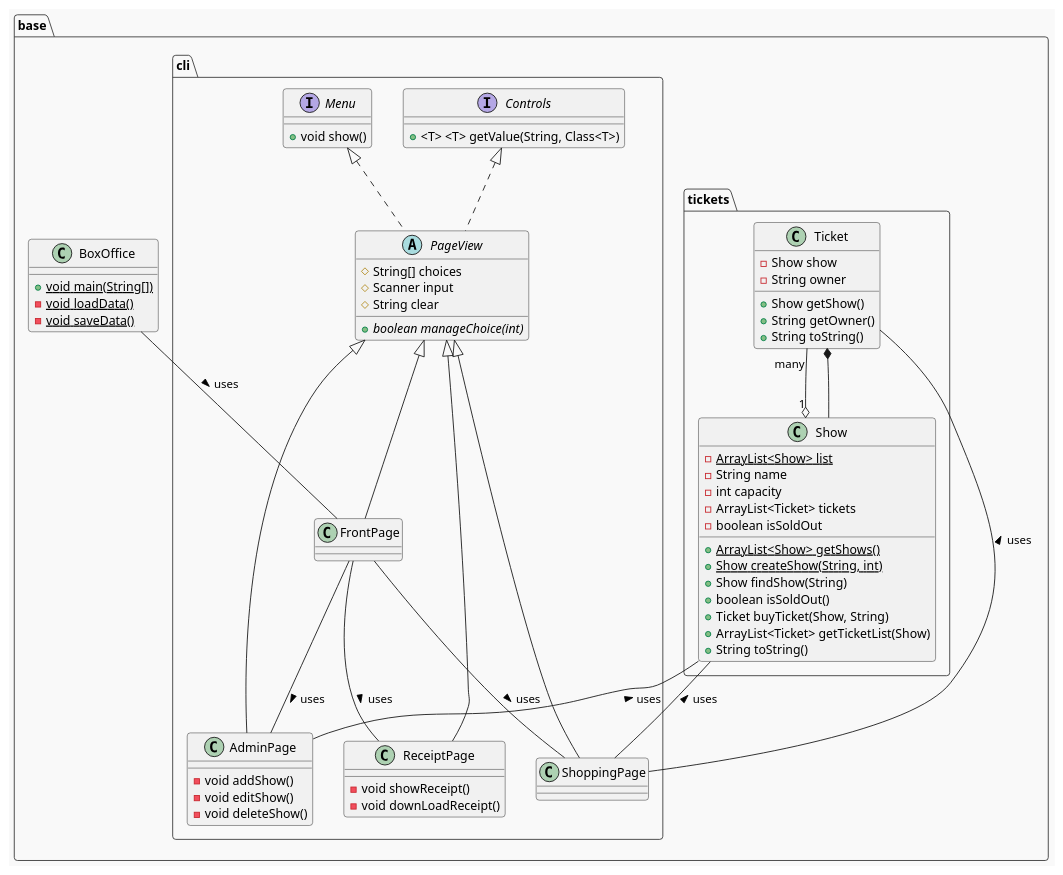
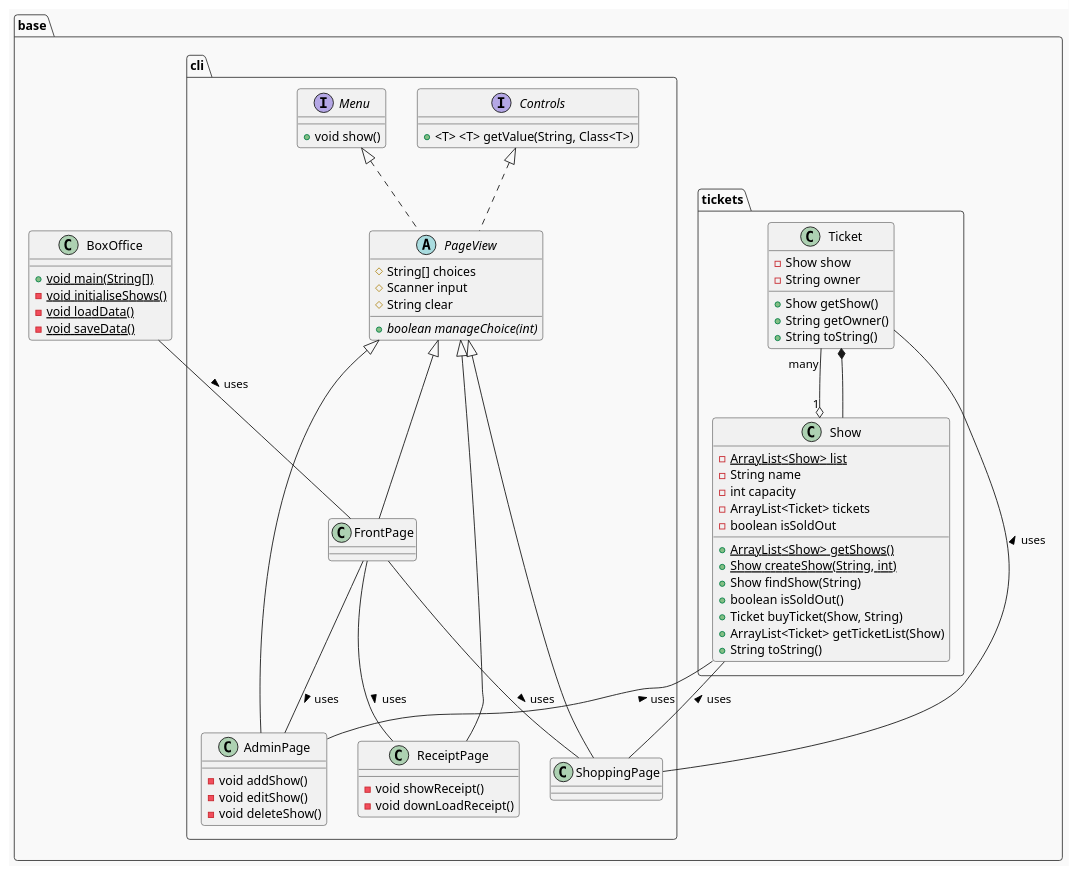
The diagram in structure.puml (physcrowley/BoxOffice), drawn with PlantUML before and after one commit. The commit also changed 1 other file, not shown here.

```diff
--- a/structure.puml
+++ b/structure.puml
@@ -3,83 +3,84 @@
 @startuml structure
 
 /' https://plantuml.com/fr/theme
 favoris : mars, plain, amiga, crt-green, sketchy '/
 !theme mars
 
 /' https://plantuml.com/fr/class-diagram '/
 
 /' objets '/
 package base {
     package base.cli {
 
         interface Controls {
             + <T> <T> getValue(String, Class<T>)
         }
         interface Menu{
             + void show()
         }
         abstract class PageView implements Menu, Controls {
             # String[] choices 
             # Scanner input
             # String clear
             + {abstract} boolean manageChoice(int)
         }
         class FrontPage extends PageView
         class AdminPage extends PageView {
             - void addShow()
             - void editShow()
             - void deleteShow()
         }
         class ShoppingPage extends PageView
         class ReceiptPage extends PageView {
             - void showReceipt()
             - void downLoadReceipt()
         }
 
         FrontPage -- AdminPage : > uses
         FrontPage -- ShoppingPage : > uses
         FrontPage -- ReceiptPage : > uses
 
     }
 
     package base.tickets {
         class Ticket {
             - Show show
             - String owner
             + Show getShow()
             + String getOwner()
             + String toString()
         }
         class Show {
             - {static} ArrayList<Show> list
             - String name
             - int capacity
             - ArrayList<Ticket> tickets
             - boolean isSoldOut
             + {static} ArrayList<Show> getShows()
             + {static} Show createShow(String, int)
             + Show findShow(String)
             + boolean isSoldOut()
             + Ticket buyTicket(Show, String)
             + ArrayList<Ticket> getTicketList(Show)
             + String toString()
         }
 
         Ticket "many" --o "1"  Show
         Ticket *-- Show
     }
 
     class BoxOffice {
         + {static} void main(String[])
+        - {static} void initialiseShows()
         - {static} void loadData()
         - {static} void saveData()
     }
 
     BoxOffice -- FrontPage : > uses
     Show -- AdminPage : < uses
     Show -- ShoppingPage : < uses
     Ticket -- ShoppingPage : < uses
 
 }
 
 @enduml
```
